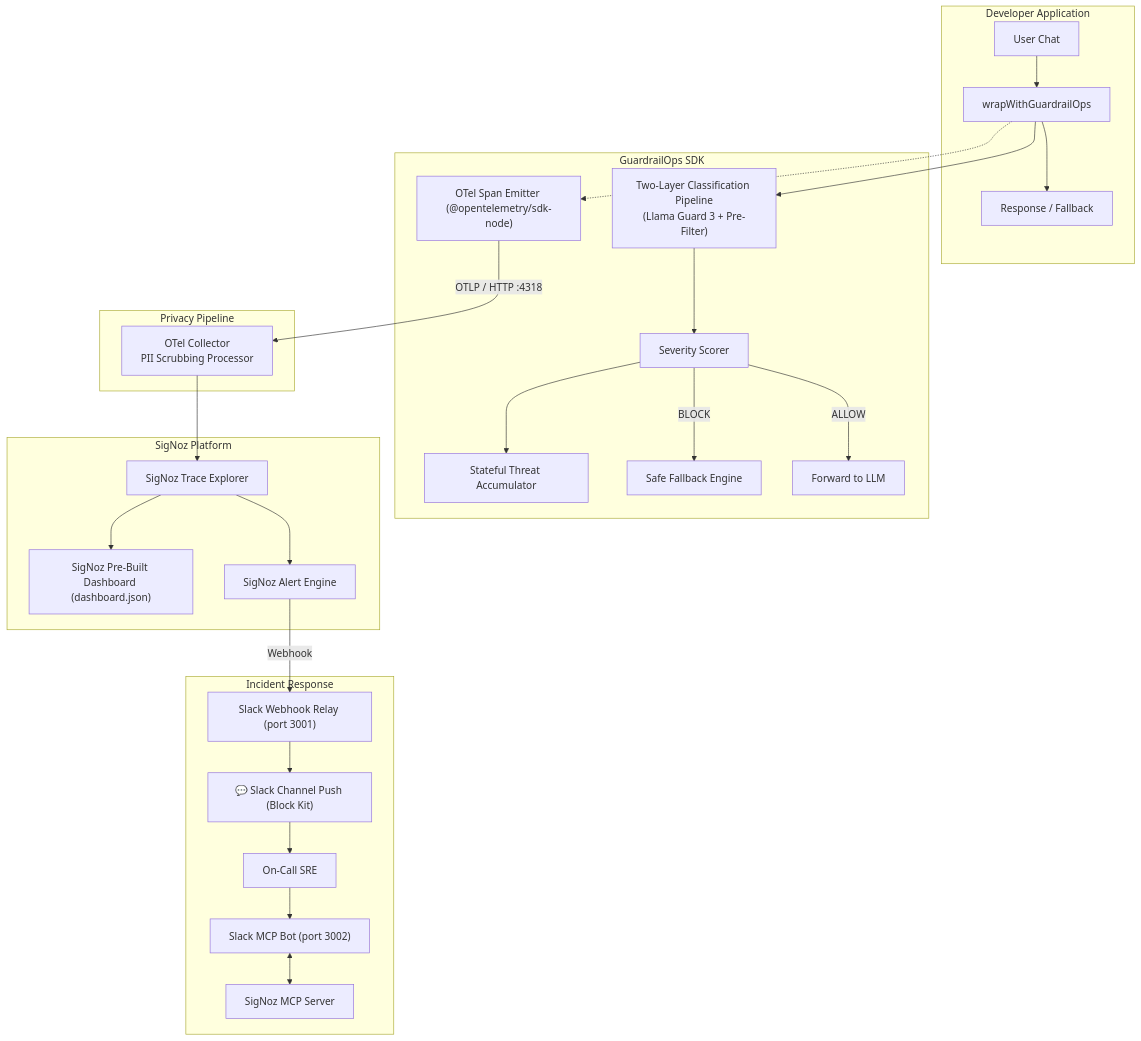
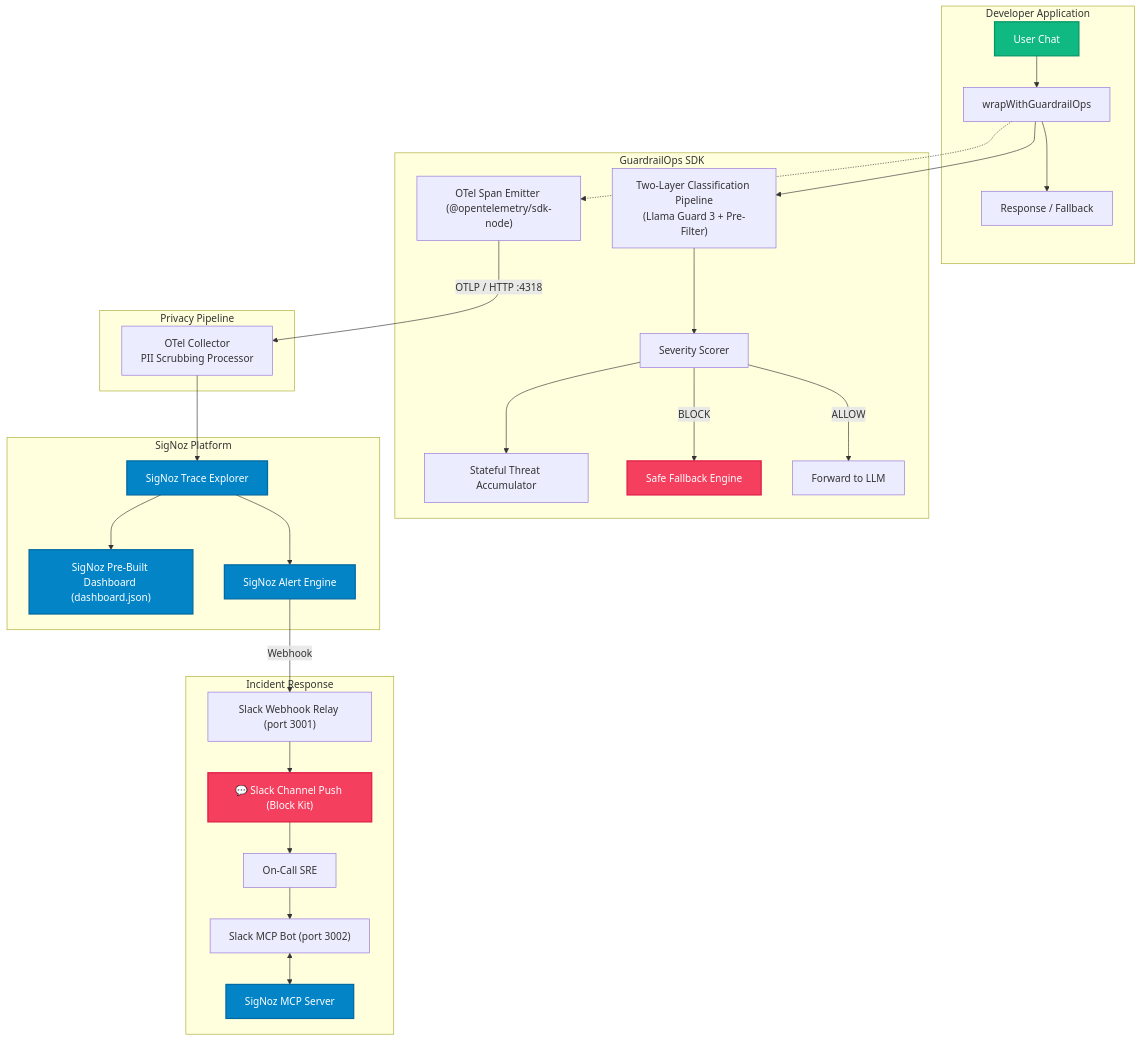
Before and after one commit to tarunprajapati88/GuardrailOps: the diagram in README.md, drawn with Mermaid. The commit also changed other lines of this file, not shown here.

Commit message:
docs: add Mermaid CSS styling and refine 5 Layers of SigNoz Integration table

````diff
--- a/README.md
+++ b/README.md
@@ -167,34 +167,41 @@
 ```mermaid
 flowchart TB
     subgraph APP["Developer Application"]
         USER["User Chat"] --> PROXY["wrapWithGuardrailOps"]
         PROXY --> RESP["Response / Fallback"]
     end
 
     subgraph SDK["GuardrailOps SDK"]
         PROXY --> CLS["Two-Layer Classification Pipeline<br/>(Llama Guard 3 + Pre-Filter)"]
         CLS --> SCORE["Severity Scorer"]
         SCORE --> THREAT["Stateful Threat Accumulator"]
         SCORE -->|BLOCK| BLOCK["Safe Fallback Engine"]
         SCORE -->|ALLOW| LLM["Forward to LLM"]
         PROXY -.-> OTEL["OTel Span Emitter (@opentelemetry/sdk-node)"]
     end
 
     subgraph PIPE["Privacy Pipeline"]
         OTEL -->|OTLP / HTTP :4318| COLL["OTel Collector<br/>PII Scrubbing Processor"]
     end
 
     subgraph SZ["SigNoz Platform"]
         COLL --> TRACES["SigNoz Trace Explorer"]
         TRACES --> DASH["SigNoz Pre-Built Dashboard (dashboard.json)"]
         TRACES --> ALERT["SigNoz Alert Engine"]
     end
 
     subgraph TRIAGE["Incident Response"]
         ALERT -->|Webhook| RELAY["Slack Webhook Relay (port 3001)"]
         RELAY --> SLACK["💬 Slack Channel Push (Block Kit)"]
         SLACK --> SRE["On-Call SRE"]
         SRE --> BOT["Slack MCP Bot (port 3002)"]
         BOT <--> MCP["SigNoz MCP Server"]
     end
+
+    classDef entry fill:#10b981,stroke:#059669,stroke-width:2px,color:#fff;
+    classDef alert fill:#f43f5e,stroke:#e11d48,stroke-width:2px,color:#fff;
+    classDef signoz fill:#0284c7,stroke:#0369a1,stroke-width:2px,color:#fff;
+    class USER entry;
+    class BLOCK,ALERT,SLACK alert;
+    class TRACES,DASH,ALERT,MCP signoz;
 ```
````
